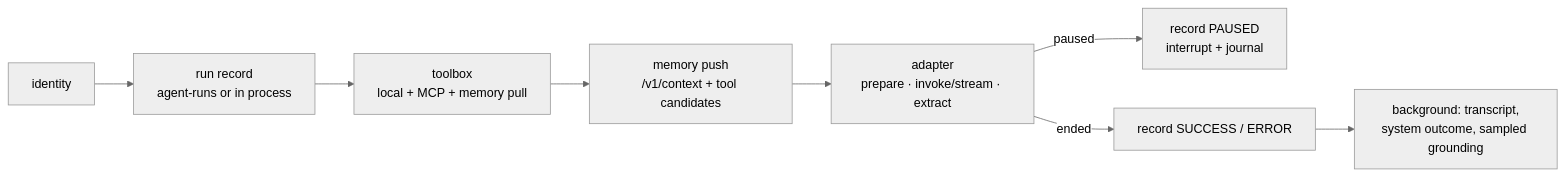
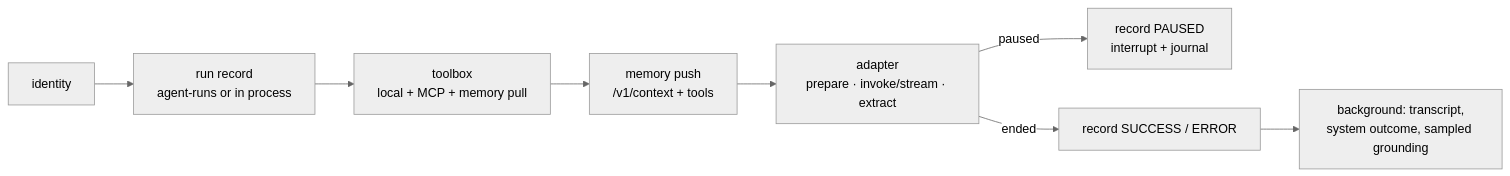
One commit to amitmohapatra/agent-harness changed the third of 7 diagrams in ARCHITECTURE.md. Above: the diagram before and after it, drawn with Mermaid (neutral theme). The commit also changed other lines of this file and 12 other files, not shown here.

First line of the commit message:
Read the lean context and tool-hint shapes

````diff
--- a/ARCHITECTURE.md
+++ b/ARCHITECTURE.md
@@ -144,10 +144,10 @@
 ```mermaid
 flowchart LR
   A[identity] --> B[run record<br/>agent-runs or in process]
   B --> C[toolbox<br/>local + MCP + memory pull]
-  C --> D[memory push<br/>/v1/context + tool candidates]
+  C --> D[memory push<br/>/v1/context + tools]
   D --> E[adapter<br/>prepare · invoke/stream · extract]
   E -->|paused| F[record PAUSED<br/>interrupt + journal]
   E -->|ended| G[record SUCCESS / ERROR]
   G --> H[background: transcript,<br/>system outcome, sampled grounding]
 ```
````
